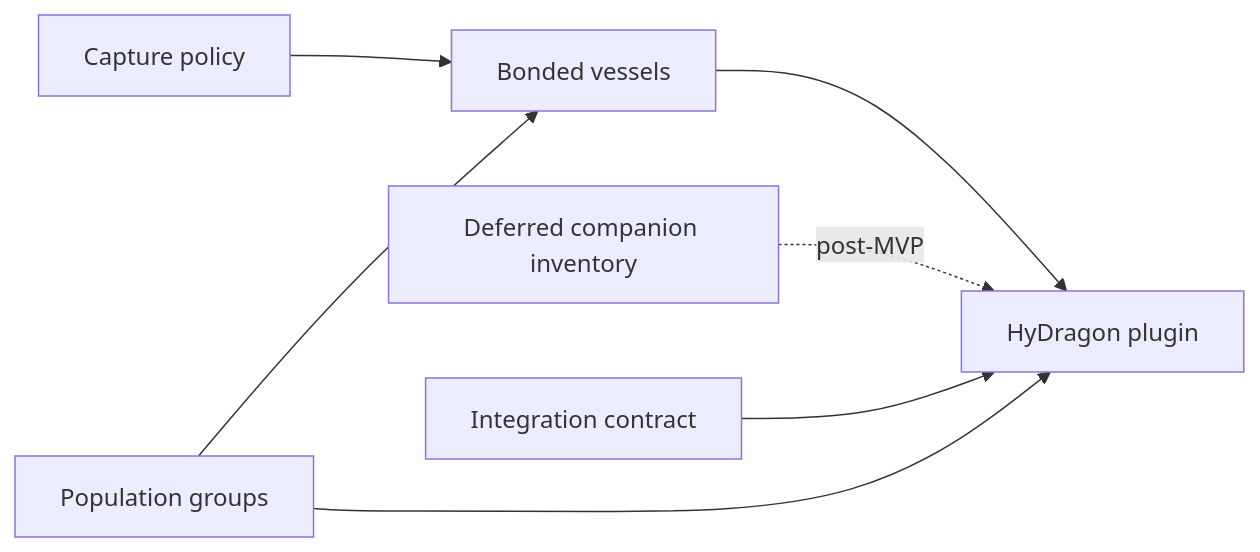
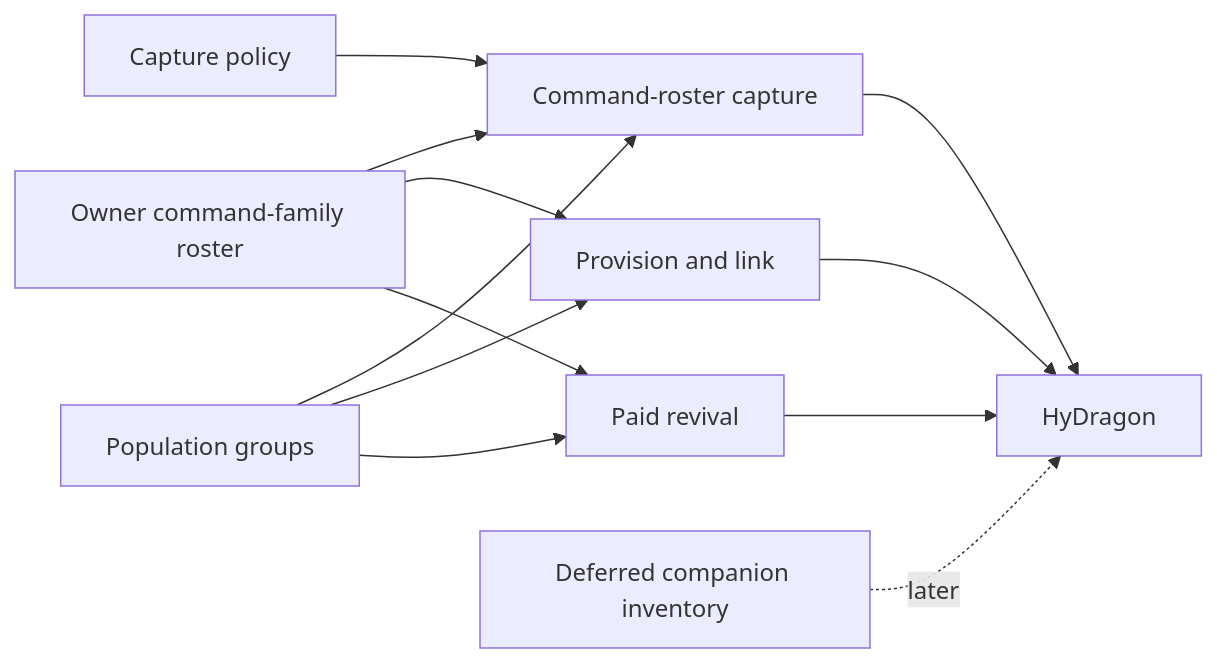
One commit to Alechilles/AlecsTamework changed the diagram in docs/specs/hydragon/README.md. Above: the diagram before and after it, drawn with Mermaid. The commit also changed other lines of this file and 6 other files, not shown here.

Commit message:
Docs: replace bonded vessels with command rosters

````diff
--- a/docs/specs/hydragon/README.md
+++ b/docs/specs/hydragon/README.md
@@ -109,9 +75,14 @@
 ```mermaid
 flowchart LR
-    CP["Capture policy"] --> BV["Bonded vessels"]
-    PG["Population groups"] --> BV
-    BV --> HP["HyDragon plugin"]
-    CI["Deferred companion inventory"] -. post-MVP .-> HP
-    API["Integration contract"] --> HP
-    PG --> HP
+    CP["Capture policy"] --> CR["Command-roster capture"]
+    PG["Population groups"] --> CR
+    RO["Owner command-family roster"] --> CR
+    RO --> PR["Provision and link"]
+    RO --> RV["Paid revival"]
+    PG --> PR
+    PG --> RV
+    CR --> HY["HyDragon"]
+    PR --> HY
+    RV --> HY
+    CI["Deferred companion inventory"] -. later .-> HY
 ```
````
